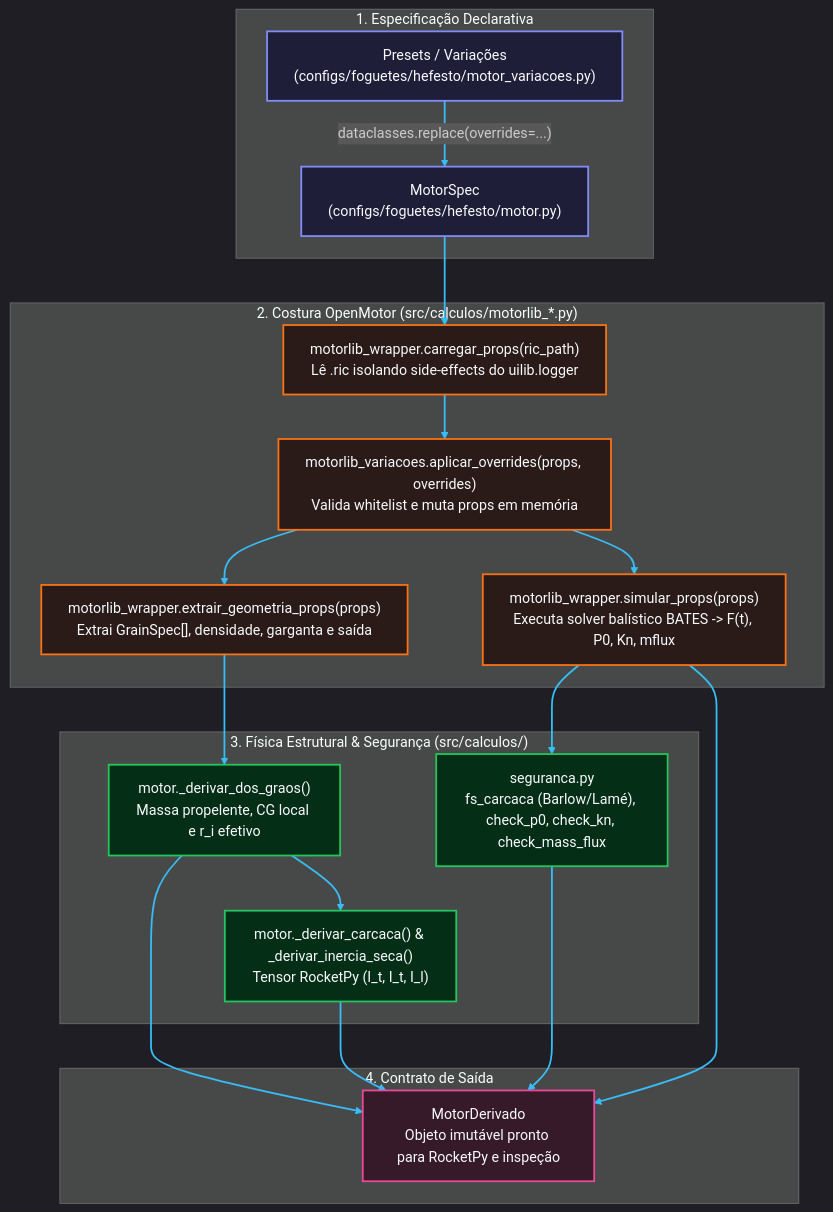
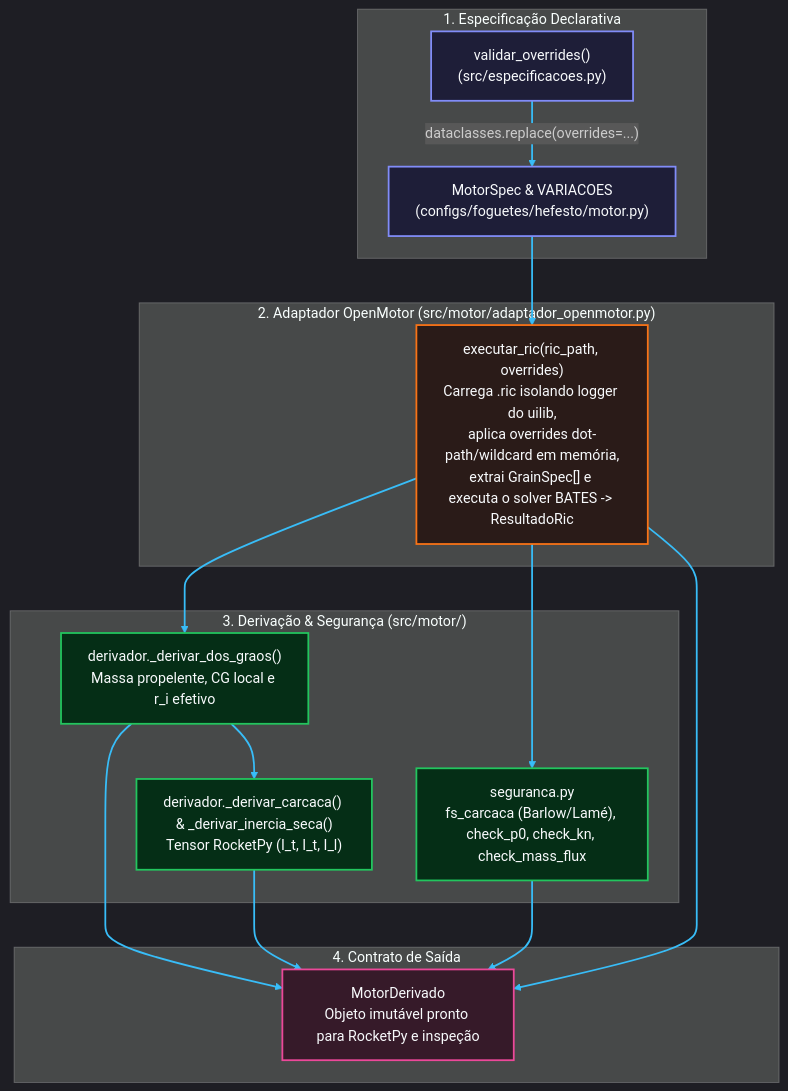
The diagram in docs/arquitetura/c3-subsistema-motor.md (Supernova-Sim/Simulator-GUI-Python), drawn with Mermaid before and after one commit. The commit also changed other lines of this file and 130 other files, not shown here.

````diff
--- a/docs/arquitetura/c3-subsistema-motor.md
+++ b/docs/arquitetura/c3-subsistema-motor.md
@@ -12,44 +12,39 @@
 ```mermaid
 %%{init: {'theme': 'dark', 'themeVariables': { 'lineColor': '#38bdf8' }}}%%
 flowchart TD
     classDef spec fill:#1e1e38,stroke:#818cf8,stroke-width:2px,color:#f8fafc;
     classDef seam fill:#2a1b18,stroke:#f97316,stroke-width:2px,color:#f8fafc;
     classDef calc fill:#052e16,stroke:#22c55e,stroke-width:2px,color:#f8fafc;
     classDef out fill:#361a29,stroke:#ec4899,stroke-width:2px,color:#f8fafc;
 
     subgraph ENTRADA["1. Especificação Declarativa"]
-        S1["MotorSpec\n(configs/foguetes/hefesto/motor.py)"]:::spec
-        S2["Presets / Variações\n(configs/foguetes/hefesto/motor_variacoes.py)"]:::spec
+        S1["MotorSpec & VARIACOES\n(configs/foguetes/hefesto/motor.py)"]:::spec
+        S2["validar_overrides()\n(src/especificacoes.py)"]:::spec
         S2 -->|"dataclasses.replace(overrides=...)"| S1
     end
 
-    subgraph COSTURA["2. Costura OpenMotor (src/calculos/motorlib_*.py)"]
-        W1["motorlib_wrapper.carregar_props(ric_path)\nLê .ric isolando side-effects do uilib.logger"]:::seam
-        W2["motorlib_variacoes.aplicar_overrides(props, overrides)\nValida whitelist e muta props em memória"]:::seam
-        W3["motorlib_wrapper.extrair_geometria_props(props)\nExtrai GrainSpec[], densidade, garganta e saída"]:::seam
-        W4["motorlib_wrapper.simular_props(props)\nExecuta solver balístico BATES -> F(t), P0, Kn, mflux"]:::seam
-
-        W1 --> W2 --> W3 & W4
+    subgraph ADAPTADOR["2. Adaptador OpenMotor (src/motor/adaptador_openmotor.py)"]
+        W1["executar_ric(ric_path, overrides)\nCarrega .ric isolando logger do uilib,\naplica overrides dot-path/wildcard em memória,\nextrai GrainSpec[] e executa o solver BATES -> ResultadoRic"]:::seam
     end
 
-    subgraph FISICA["3. Física Estrutural & Segurança (src/calculos/)"]
-        G1["motor._derivar_dos_graos()\nMassa propelente, CG local e r_i efetivo"]:::calc
-        G2["motor._derivar_carcaca() & _derivar_inercia_seca()\nTensor RocketPy (I_t, I_t, I_l)"]:::calc
+    subgraph FISICA["3. Derivação & Segurança (src/motor/)"]
+        G1["derivador._derivar_dos_graos()\nMassa propelente, CG local e r_i efetivo"]:::calc
+        G2["derivador._derivar_carcaca() & _derivar_inercia_seca()\nTensor RocketPy (I_t, I_t, I_l)"]:::calc
         G3["seguranca.py\nfs_carcaca (Barlow/Lamé), check_p0, check_kn, check_mass_flux"]:::calc
 
-        W3 --> G1 --> G2
-        W4 --> G3
+        W1 --> G1 --> G2
+        W1 --> G3
     end
 
     subgraph SAIDA["4. Contrato de Saída"]
         MD["MotorDerivado\nObjeto imutável pronto para RocketPy e inspeção"]:::out
-        G1 & G2 & G3 & W4 --> MD
+        G1 & G2 & G3 & W1 --> MD
     end
 
     S1 --> W1
-    click W1 href "_gerados_c4/src__calculos__motorlib_wrapper.c4.md" "Abrir C4 de motorlib_wrapper.py"
-    click W2 href "_gerados_c4/src__calculos__motorlib_variacoes.c4.md" "Abrir C4 de motorlib_variacoes.py"
-    click G1 href "_gerados_c4/src__calculos__motor.c4.md" "Abrir C4 de motor.py"
-    click G3 href "_gerados_c4/src__calculos__seguranca.c4.md" "Abrir C4 de seguranca.py"
+    click S2 href "_gerados_c4/src__especificacoes.c4.md" "Abrir C4 de especificacoes.py"
+    click W1 href "_gerados_c4/src__motor__adaptador_openmotor.c4.md" "Abrir C4 de adaptador_openmotor.py"
+    click G1 href "_gerados_c4/src__motor__derivador.c4.md" "Abrir C4 de derivador.py"
+    click G3 href "_gerados_c4/src__motor__seguranca.c4.md" "Abrir C4 de seguranca.py"
     linkStyle default stroke:#38bdf8,stroke-width:2px;
 ```
````
